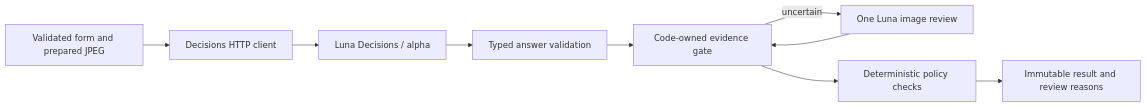
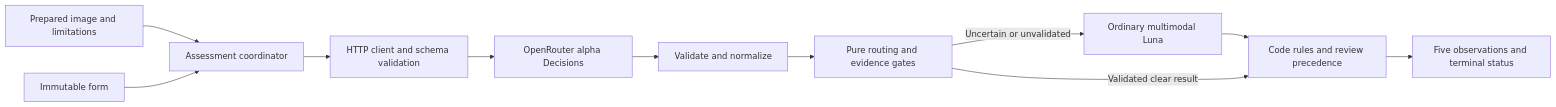
Before and after one commit to LucasMatuszewski/jsystems-codex-2026-11: the first of 2 diagrams in docs/ADR/001-decision-assessment.md, drawn with Mermaid. The commit also changed other lines of this file and 8 other files, not shown here.

First line of the commit message:
Docs: align hardware-service PoC with Angular architecture

````diff
--- a/docs/ADR/001-decision-assessment.md
+++ b/docs/ADR/001-decision-assessment.md
@@ -146,11 +127,13 @@
 ```mermaid
 flowchart LR
-    Form[Validated form and prepared JPEG] --> Client[Decisions HTTP client]
-    Client --> D[Luna Decisions / alpha]
-    D --> Validate[Typed answer validation]
-    Validate --> Gate[Code-owned evidence gate]
-    Gate -->|uncertain| L[One Luna image review]
-    L --> Gate
-    Gate --> Rules[Deterministic policy checks]
-    Rules --> Result[Immutable result and review reasons]
+    Image[Prepared image and limitations] --> Coordinator[Assessment coordinator]
+    Form[Immutable form] --> Coordinator
+    Coordinator --> Client[HTTP client and schema validation]
+    Client --> API[OpenRouter alpha Decisions]
+    API --> Normalize[Validate and normalize]
+    Normalize --> Gate[Pure routing and evidence gates]
+    Gate -->|Uncertain or unvalidated| Escalation[Ordinary multimodal Luna]
+    Escalation --> Rules[Code rules and review precedence]
+    Gate -->|Validated clear result| Rules
+    Rules --> Result[Five observations and terminal status]
 ```
````
